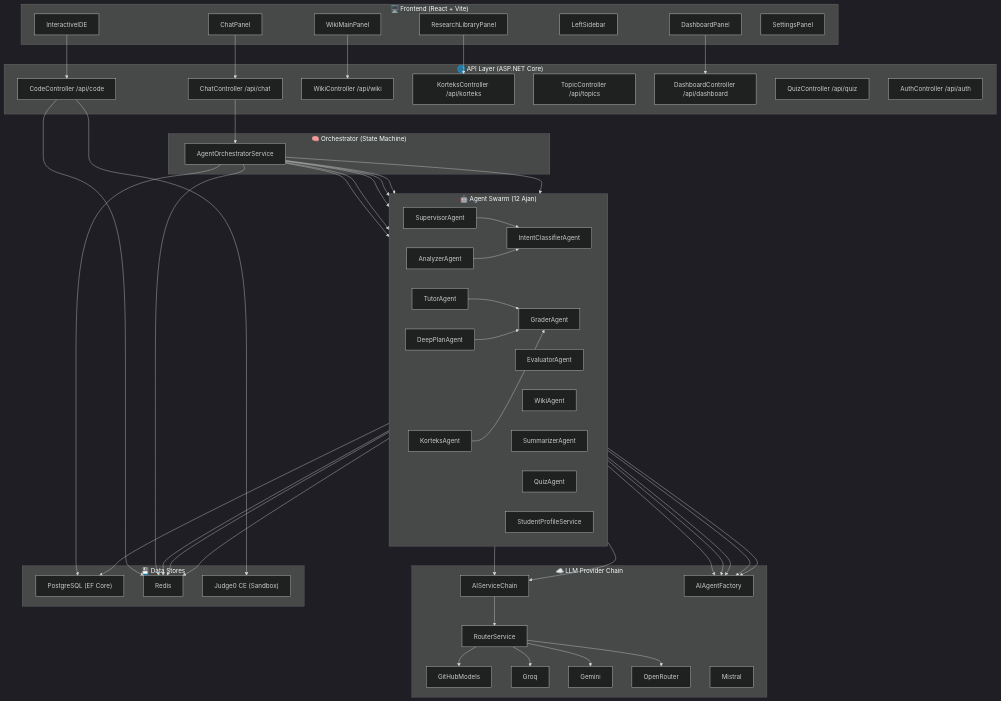
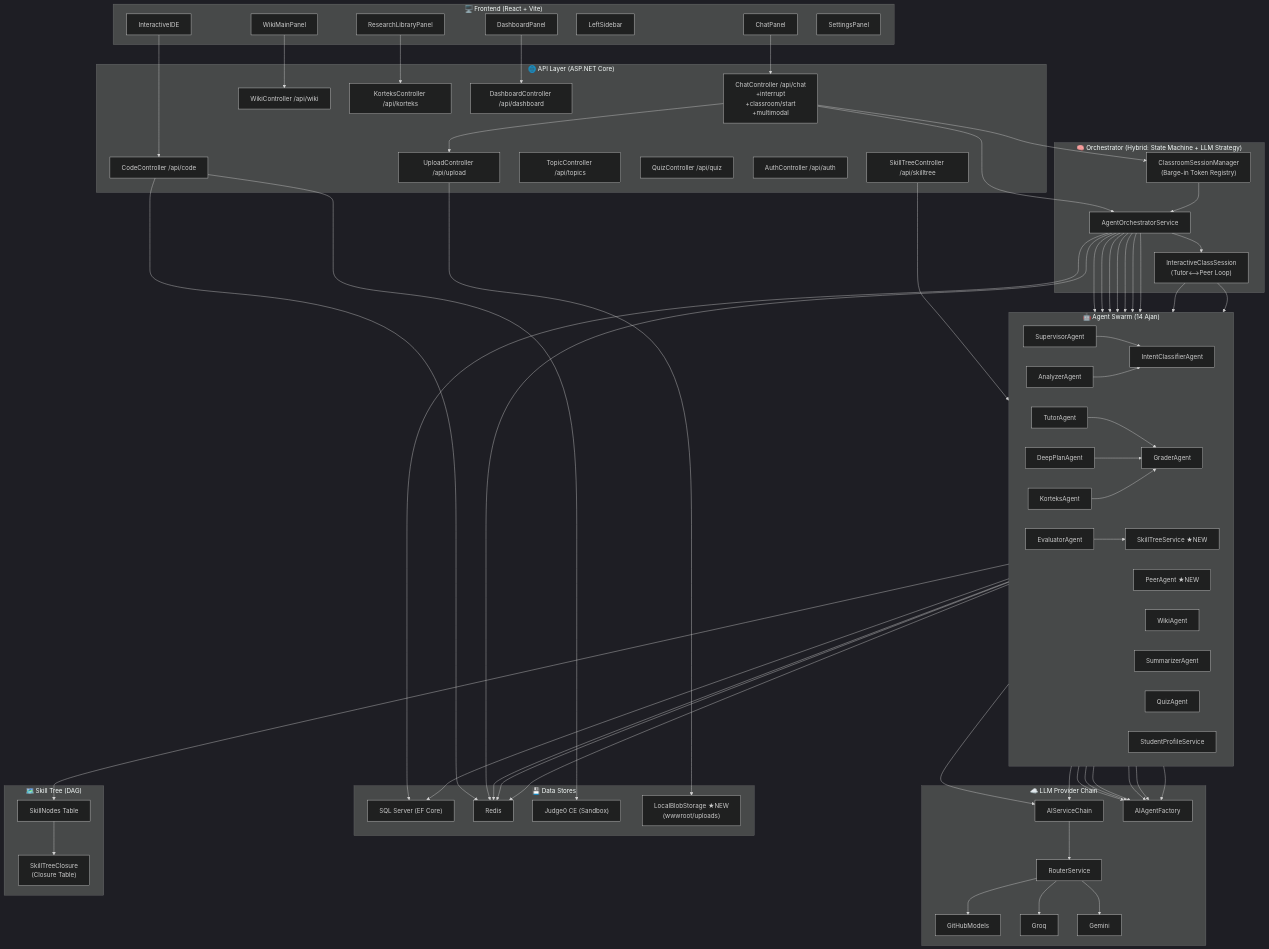
Before and after one commit to ahmetakifsevgili/Orka-AI: the first of 10 diagrams in ARCHITECTURE.md, drawn with Mermaid (dark theme). The commit also changed other lines of this file and 164 other files, not shown here.

````diff
--- a/ARCHITECTURE.md
+++ b/ARCHITECTURE.md
@@ -17,7 +20,8 @@
     end
 
     subgraph API["🌐 API Layer (ASP.NET Core)"]
-        ChatCtrl["ChatController /api/chat"]
+        ChatCtrl["ChatController /api/chat\n+interrupt\n+classroom/start\n+multimodal"]
+        UploadCtrl["UploadController /api/upload"]
         CodeCtrl["CodeController /api/code"]
         WikiCtrl["WikiController /api/wiki"]
         KorteksCtrl["KorteksController /api/korteks"]
@@ -25,15 +29,19 @@
         DashCtrl["DashboardController /api/dashboard"]
         QuizCtrl["QuizController /api/quiz"]
         AuthCtrl["AuthController /api/auth"]
+        SkillCtrl["SkillTreeController /api/skilltree"]
     end
 
-    subgraph Orchestrator["🧠 Orchestrator (State Machine)"]
+    subgraph Orchestrator["🧠 Orchestrator (Hybrid: State Machine + LLM Strategy)"]
         AGO["AgentOrchestratorService"]
+        CSM["ClassroomSessionManager\n(Barge-in Token Registry)"]
+        ICS["InteractiveClassSession\n(Tutor⟷Peer Loop)"]    
     end
 
-    subgraph Agents["🤖 Agent Swarm (12 Ajan)"]
+    subgraph Agents["🤖 Agent Swarm (14 Ajan)"]
         direction LR
         TUTOR["TutorAgent"]
+        PEER["PeerAgent ★NEW"]
         SUPERVISOR["SupervisorAgent"]
         INTENT["IntentClassifierAgent"]
         ANALYZER["AnalyzerAgent"]
@@ -45,6 +53,7 @@
         KORTEKS["KorteksAgent"]
         QUIZ["QuizAgent"]
         PROFILE["StudentProfileService"]
+        SKILLTREE["SkillTreeService ★NEW"]
     end
 
     subgraph LLM["☁️ LLM Provider Chain"]
@@ -54,14 +63,18 @@
         GH["GitHubModels"]
         GROQ["Groq"]
         GEMINI["Gemini"]
-        OR["OpenRouter"]
-        MISTRAL["Mistral"]
     end
 
     subgraph Data["💾 Data Stores"]
-        DB["PostgreSQL (EF Core)"]
+        DB["SQL Server (EF Core)"]
         REDIS["Redis"]
         PISTON["Judge0 CE (Sandbox)"]
+        BLOB["LocalBlobStorage ★NEW\n(wwwroot/uploads)"]    
+    end
+
+    subgraph SkillGraph["🗺️ Skill Tree (DAG)"]
+        SNODES["SkillNodes Table"]
+        SCLOSURE["SkillTreeClosure\n(Closure Table)"]
     end
 
     UI_Chat --> ChatCtrl
@@ -71,8 +84,12 @@
     UI_Dashboard --> DashCtrl
 
     ChatCtrl --> AGO
+    ChatCtrl --> CSM
+    ChatCtrl --> UploadCtrl
+    UploadCtrl --> BLOB
     CodeCtrl --> PISTON
     CodeCtrl --> REDIS
+    SkillCtrl --> SKILLTREE
 
     AGO --> SUPERVISOR
     AGO --> TUTOR
@@ -80,6 +97,12 @@
     AGO --> EVALUATOR
     AGO --> SUMMARIZER
     AGO --> ANALYZER
+    AGO --> ICS
+    AGO --> SKILLTREE
+
+    ICS --> TUTOR
+    ICS --> PEER
+    CSM --> AGO
 
     SUPERVISOR --> INTENT
     ANALYZER --> INTENT
@@ -87,9 +110,11 @@
     TUTOR --> REDIS
     DEEPPLAN --> GRADER
     KORTEKS --> GRADER
+    EVALUATOR --> SKILLTREE
 
     INTENT --> FACTORY
     TUTOR --> CHAIN
+    PEER --> FACTORY
     EVALUATOR --> FACTORY
     GRADER --> FACTORY
     DEEPPLAN --> FACTORY
@@ -100,11 +125,12 @@
     ROUTER --> GH
     ROUTER --> GROQ
     ROUTER --> GEMINI
-    ROUTER --> OR
 
     AGO --> DB
     WIKI --> DB
     EVALUATOR --> REDIS
     TUTOR --> REDIS
     AGO --> REDIS
+    SKILLTREE --> SNODES
+    SNODES --> SCLOSURE
 ```
````
